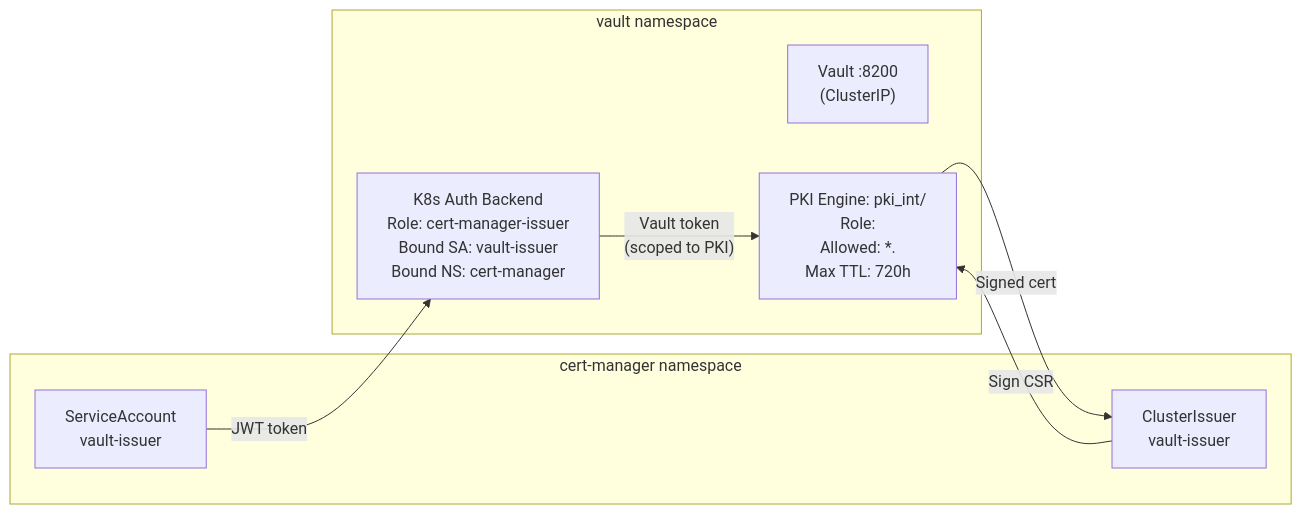
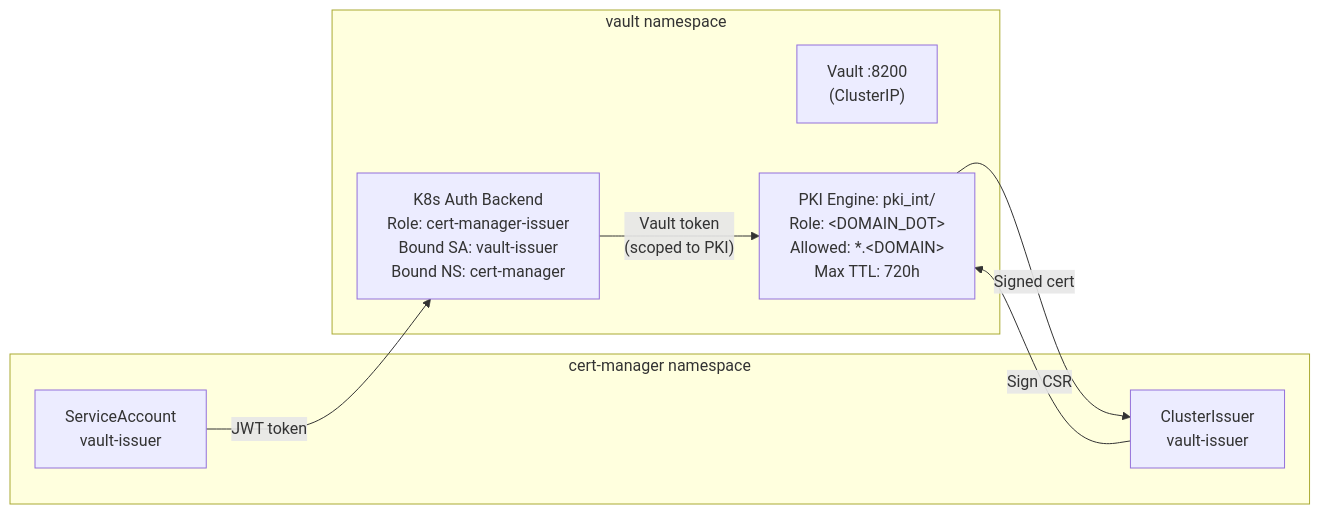
One commit to derhornspieler/harvester-rke2-platform changed diagram 15 of 26 in docs/engineering/system-architecture.md. Above: the diagram before and after it, drawn with Mermaid. The commit also changed other lines of this file and 127 other files, not shown here.

````diff
--- a/docs/engineering/system-architecture.md
+++ b/docs/engineering/system-architecture.md
@@ -795,18 +793,18 @@
 ```mermaid
 graph LR
     subgraph CertManager["cert-manager namespace"]
         SA["ServiceAccount<br/>vault-issuer"]
         CI["ClusterIssuer<br/>vault-issuer"]
     end
 
     subgraph VaultNS["vault namespace"]
         VaultSvc["Vault :8200<br/>(ClusterIP)"]
         K8sAuth["K8s Auth Backend<br/>Role: cert-manager-issuer<br/>Bound SA: vault-issuer<br/>Bound NS: cert-manager"]
-        PKI["PKI Engine: pki_int/<br/>Role: <DOMAIN_DOT><br/>Allowed: *.<DOMAIN><br/>Max TTL: 720h"]
+        PKI["PKI Engine: pki_int/<br/>Role: &lt;DOMAIN_DOT&gt;<br/>Allowed: *.&lt;DOMAIN&gt;<br/>Max TTL: 720h"]
     end
 
     SA -->|"JWT token"| K8sAuth
     K8sAuth -->|"Vault token<br/>(scoped to PKI)"| PKI
     CI -->|"Sign CSR"| PKI
     PKI -->|"Signed cert"| CI
 ```
````
